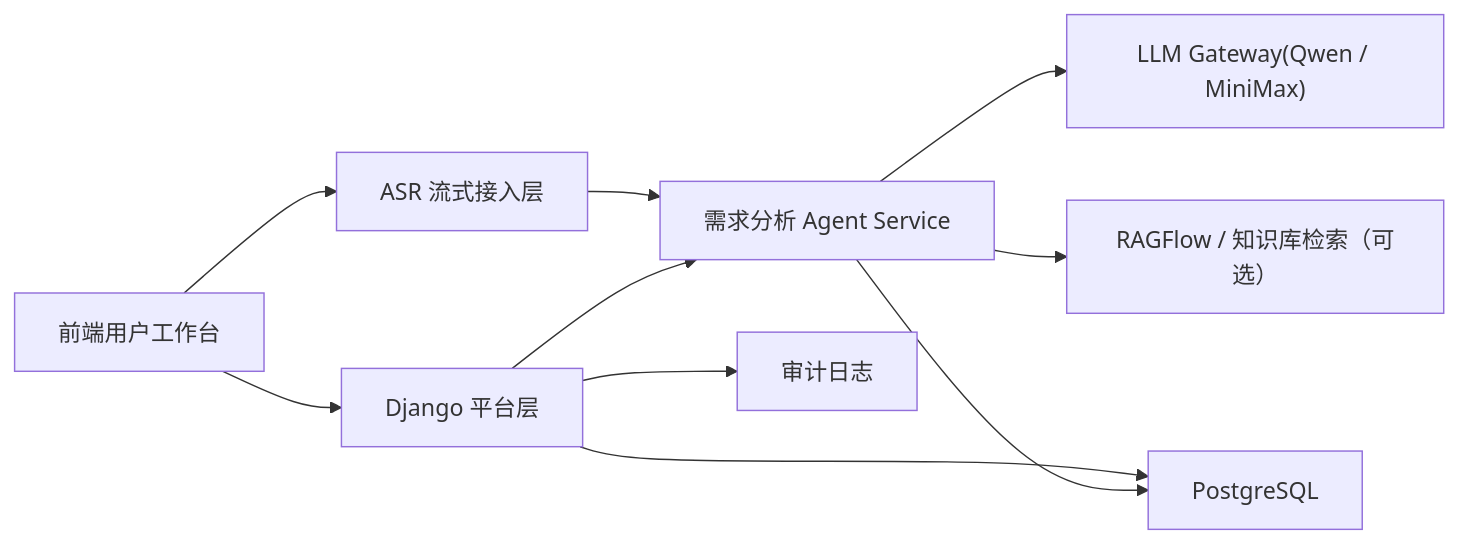
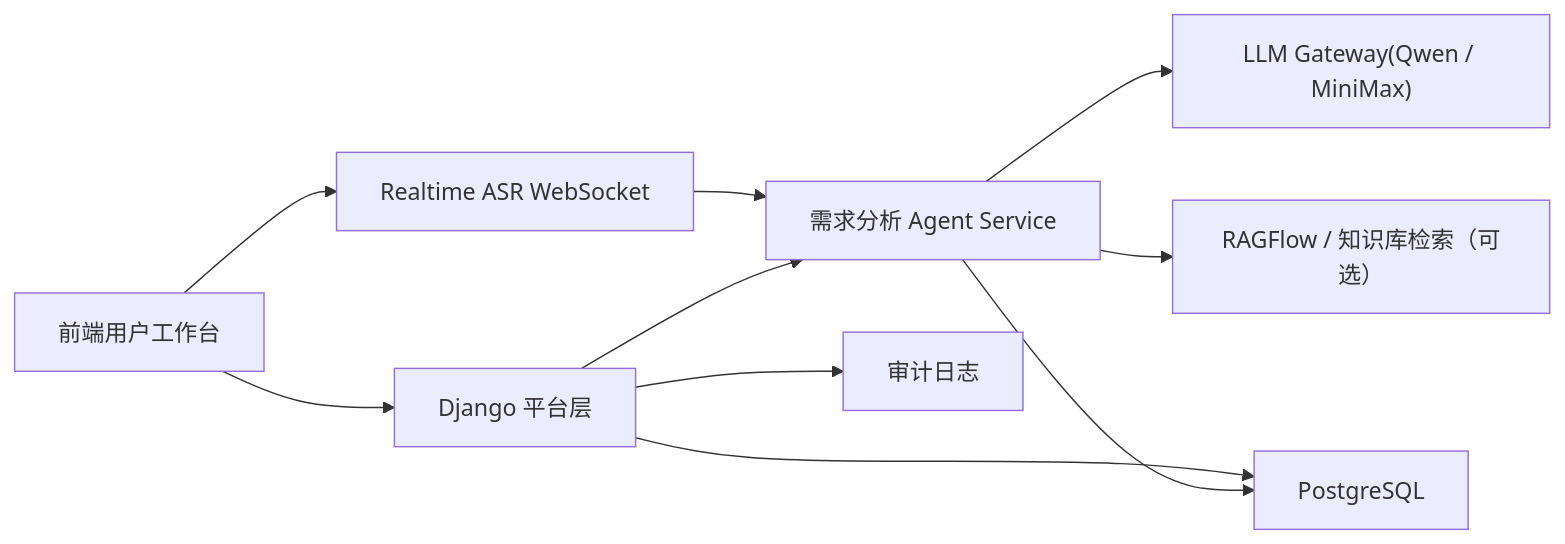
Before and after one commit to Jarodlan/poweragent-presales-platform: the first of 3 diagrams in 项目文档/02-技术设计/客户需求分析智能体_技术设计稿.md, drawn with Mermaid. The commit also changed other lines of this file and 13 other files, not shown here.

````diff
--- a/项目文档/02-技术设计/客户需求分析智能体_技术设计稿.md
+++ b/项目文档/02-技术设计/客户需求分析智能体_技术设计稿.md
@@ -42,12 +44,12 @@
 ```mermaid
 flowchart LR
     U["前端用户工作台"] --> DJ["Django 平台层"]
-    U --> ASR["ASR 流式接入层"]
-    ASR --> AG["需求分析 Agent Service"]
+    U --> RT["Realtime ASR WebSocket"]
+    RT --> AG["需求分析 Agent Service"]
     DJ --> AG
     AG --> LLM["LLM Gateway(Qwen / MiniMax)"]
     AG --> RAG["RAGFlow / 知识库检索（可选）"]
     DJ --> PG["PostgreSQL"]
     AG --> PG
     DJ --> AUD["审计日志"]
 ```
````
